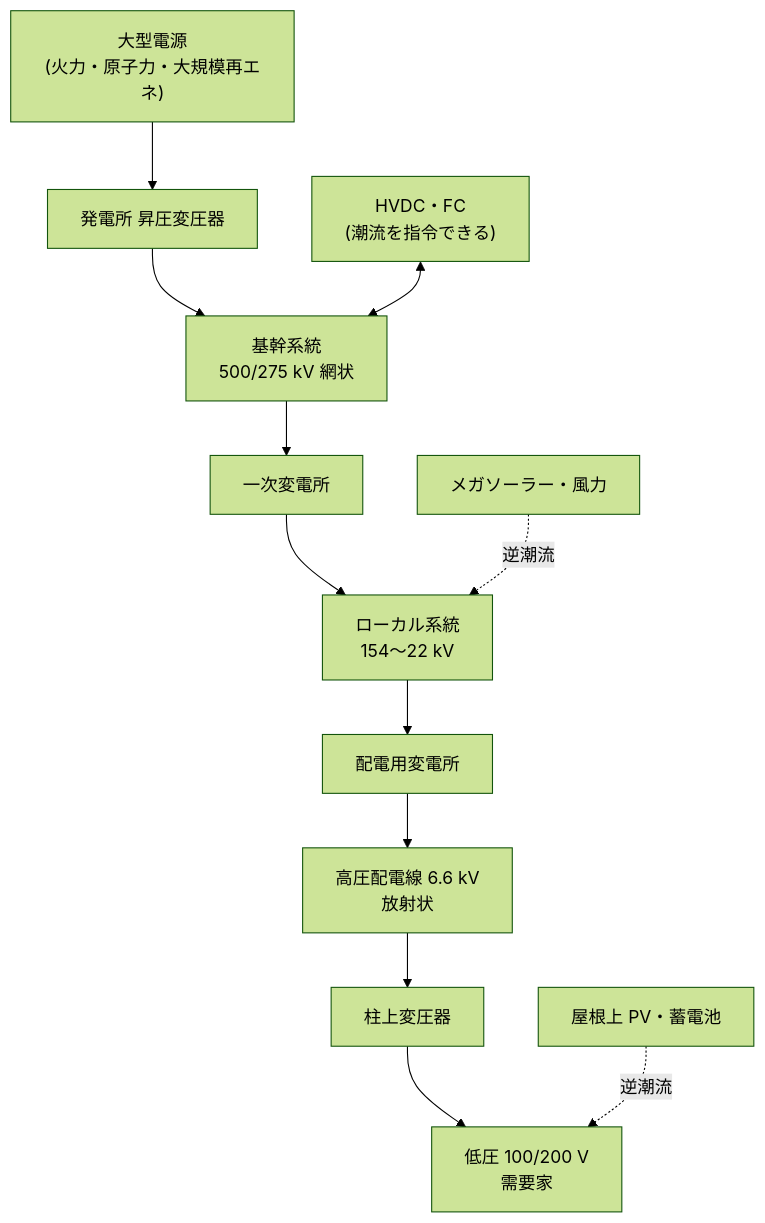
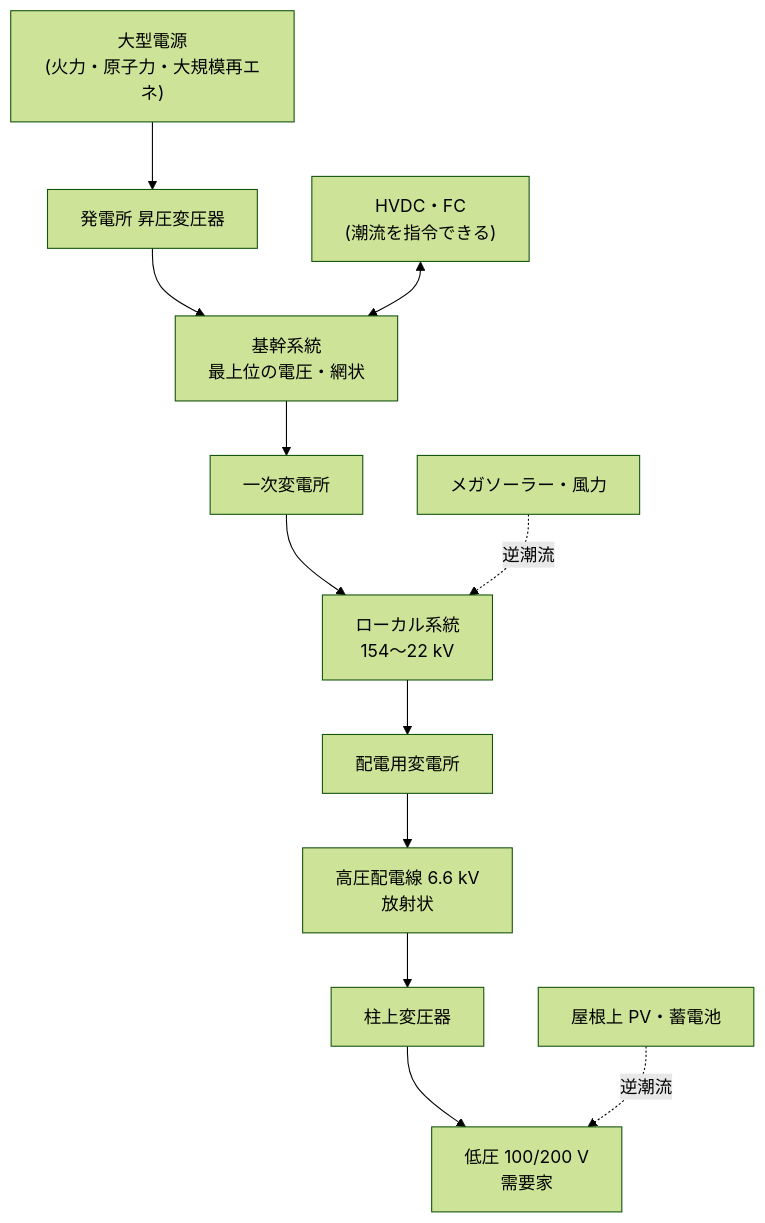
One commit to takukobachi/daedalus changed the first of 2 diagrams in engineering/energy/transmission-distribution.md. Above: the diagram before and after it, drawn with Mermaid (forest theme). The commit also changed other lines of this file, not shown here.

````diff
--- a/engineering/energy/transmission-distribution.md
+++ b/engineering/energy/transmission-distribution.md
@@ -52,14 +52,14 @@
 ```mermaid
 flowchart TB
     G1["大型電源<br/>(火力・原子力・大規模再エネ)"] --> T1["発電所 昇圧変圧器"]
-    T1 --> B["基幹系統<br/>500/275 kV 網状"]
+    T1 --> B["基幹系統<br/>最上位の電圧・網状"]
     HV["HVDC・FC<br/>(潮流を指令できる)"] <--> B
     B --> S1["一次変電所"]
     S1 --> L["ローカル系統<br/>154〜22 kV"]
     L --> S2["配電用変電所"]
     S2 --> D["高圧配電線 6.6 kV<br/>放射状"]
     D --> P["柱上変圧器"]
     P --> LV["低圧 100/200 V<br/>需要家"]
     PV["屋根上 PV・蓄電池"] -. 逆潮流 .-> LV
     MW["メガソーラー・風力"] -. 逆潮流 .-> L
 ```
````
